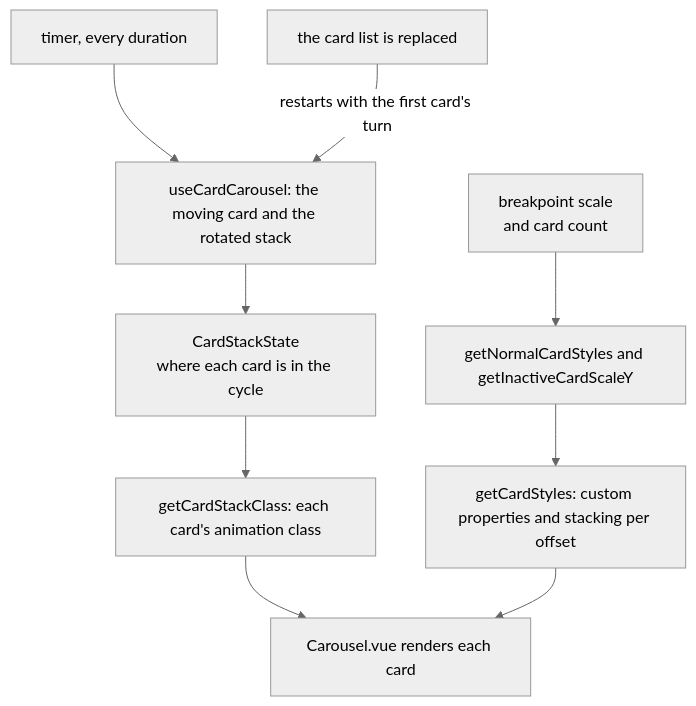
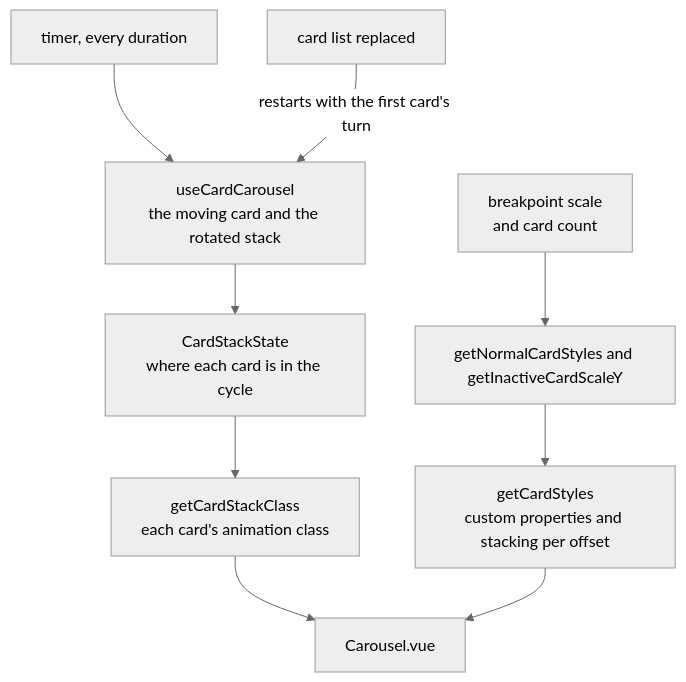
The diagram in openspec/specs/architecture/visual-card-carousel/design.md (Esposter/Esposter), drawn with Mermaid (neutral theme) before and after one commit. The commit also changed other lines of this file and 4 other files, not shown here.

````diff
--- a/openspec/specs/architecture/visual-card-carousel/design.md
+++ b/openspec/specs/architecture/visual-card-carousel/design.md
@@ -11,11 +11,11 @@
 ```mermaid
 flowchart TD
-  timer["timer, every duration"] --> cycle["useCardCarousel: the moving card and the rotated stack"]
-  replaced["the card list is replaced"] -->|"restarts with the first card's turn"| cycle
+  timer["timer, every duration"] --> cycle["useCardCarousel<br/>the moving card and the rotated stack"]
+  replaced["card list replaced"] -->|"restarts with the first card's turn"| cycle
   cycle --> state["CardStackState<br/>where each card is in the cycle"]
-  state --> classes["getCardStackClass: each card's animation class"]
+  state --> classes["getCardStackClass<br/>each card's animation class"]
   breakpoint["breakpoint scale<br/>and card count"] --> geometry["getNormalCardStyles and getInactiveCardScaleY"]
-  geometry --> styles["getCardStyles: custom properties and stacking per offset"]
-  classes --> rendered["Carousel.vue renders each card"]
+  geometry --> styles["getCardStyles<br/>custom properties and stacking per offset"]
+  classes --> rendered["Carousel.vue"]
   styles --> rendered
 ```
````
